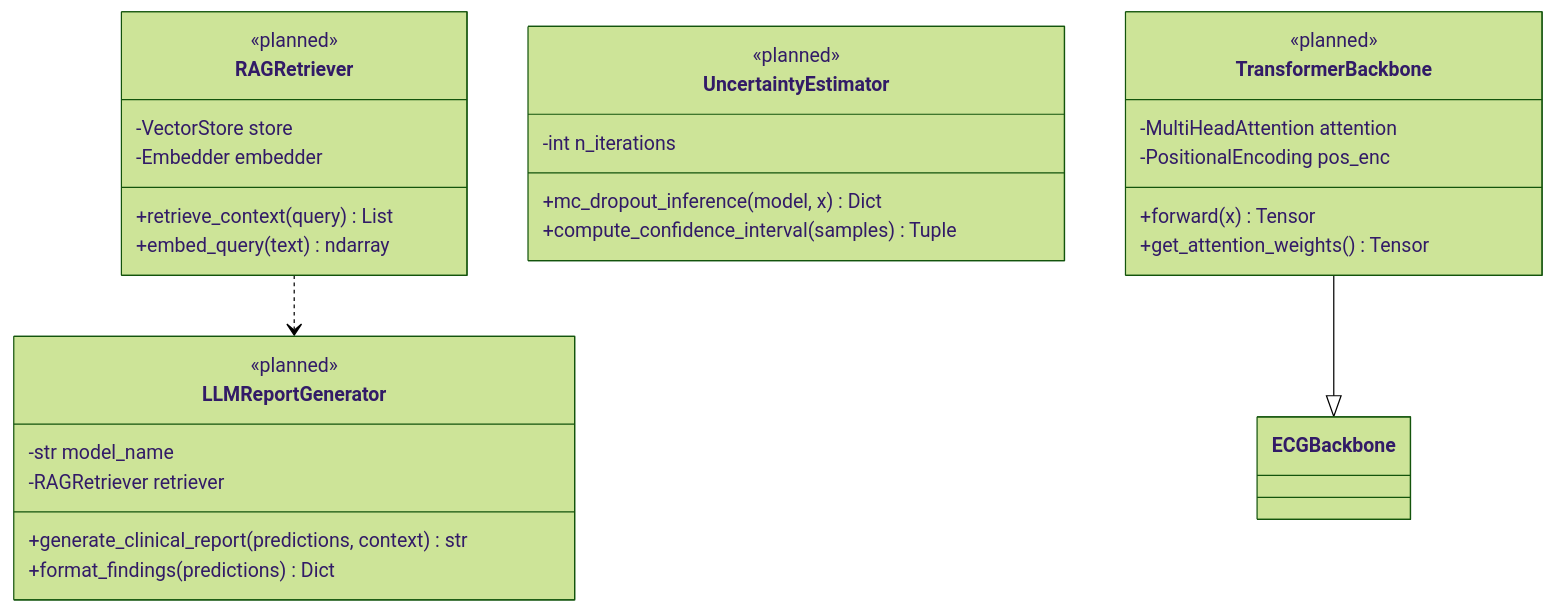
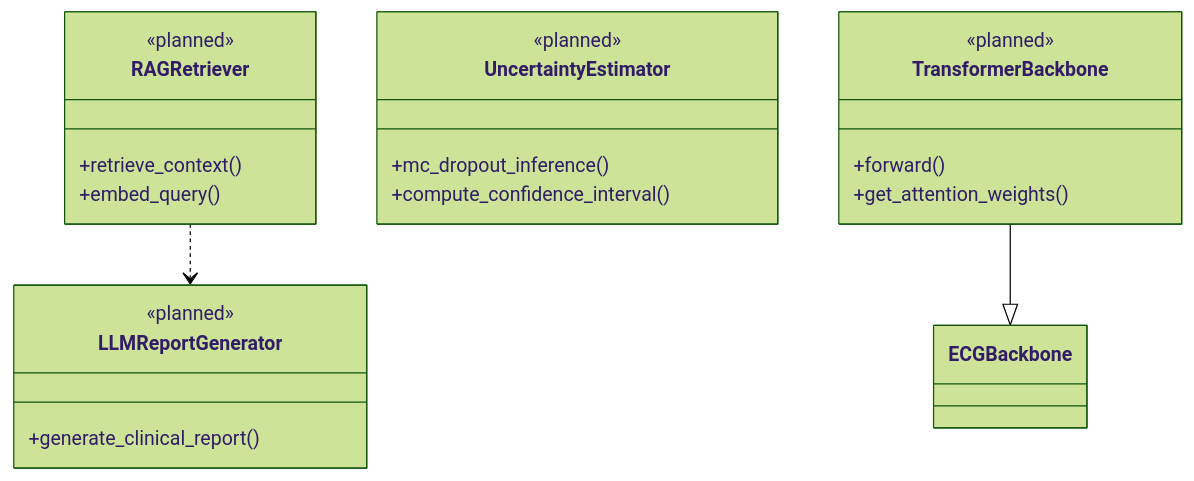
Before and after one commit to mUsaulug/CardioGuard-AI: the seventh of 7 diagrams in docs/diagrams/03_class_diagram.md, drawn with Mermaid (forest theme). The commit also changed other lines of this file and 5 other files, not shown here.

````diff
--- a/docs/diagrams/03_class_diagram.md
+++ b/docs/diagrams/03_class_diagram.md
@@ -325,38 +316,28 @@
 ```mermaid
 classDiagram
-    direction TB
-    
     class RAGRetriever {
         <<planned>>
-        -VectorStore store
-        -Embedder embedder
-        +retrieve_context(query) List
-        +embed_query(text) ndarray
+        +retrieve_context()
+        +embed_query()
     }
     
     class UncertaintyEstimator {
         <<planned>>
-        -int n_iterations
-        +mc_dropout_inference(model, x) Dict
-        +compute_confidence_interval(samples) Tuple
+        +mc_dropout_inference()
+        +compute_confidence_interval()
     }
     
     class LLMReportGenerator {
         <<planned>>
-        -str model_name
-        -RAGRetriever retriever
-        +generate_clinical_report(predictions, context) str
-        +format_findings(predictions) Dict
+        +generate_clinical_report()
     }
     
     class TransformerBackbone {
         <<planned>>
-        -MultiHeadAttention attention
-        -PositionalEncoding pos_enc
-        +forward(x) Tensor
-        +get_attention_weights() Tensor
+        +forward()
+        +get_attention_weights()
     }
     
     RAGRetriever ..> LLMReportGenerator
     TransformerBackbone --|> ECGBackbone
 ```
````
